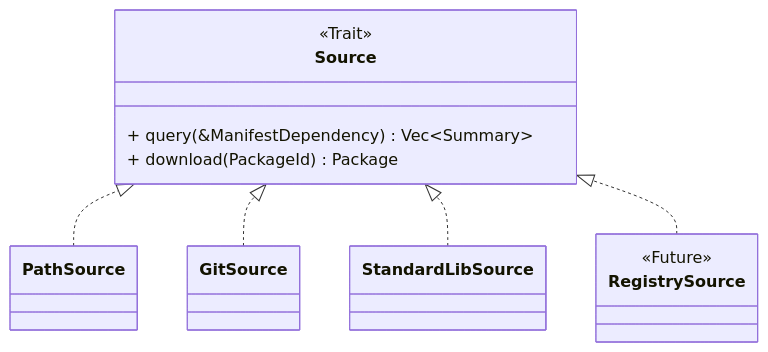
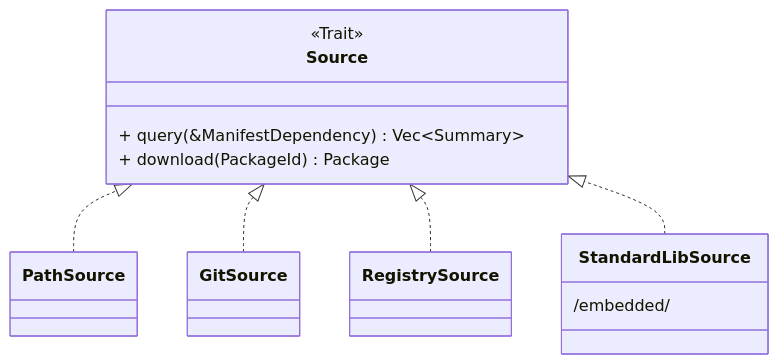
One commit to software-mansion/scarb changed the third of 3 diagrams in ARCHITECTURE.md. Above: the diagram before and after it, drawn with Mermaid. The commit also changed other lines of this file, not shown here.

First line of the commit message:
Quick update of ARCHITECTURE.md

````diff
--- a/ARCHITECTURE.md
+++ b/ARCHITECTURE.md
@@ -151,20 +162,20 @@
 ```mermaid
 classDiagram
     direction BT
     class Source {
        <<Trait>>
        + query(&ManifestDependency) Vec~Summary~
        + download(PackageId) Package
     }
     class PathSource
     class GitSource
-    class StandardLibSource
-    class RegistrySource {
-        <<Future>>
+    class RegistrySource
+    class StandardLibSource {
+        /embedded/
     }
 
     PathSource ..|> Source
     GitSource ..|> Source
+    RegistrySource ..|> Source
     StandardLibSource ..|> Source
-    RegistrySource ..|> Source
 ```
````
